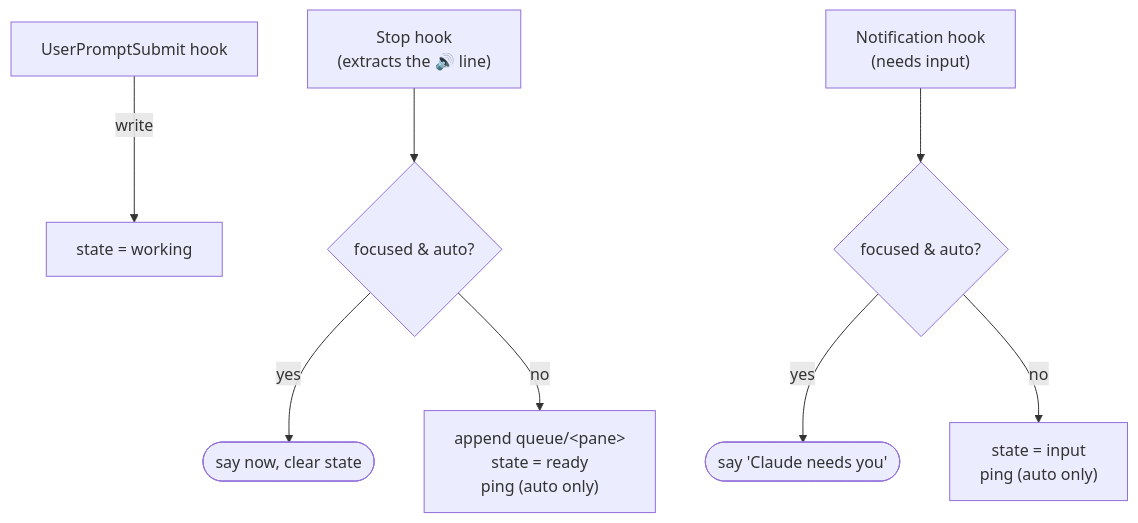
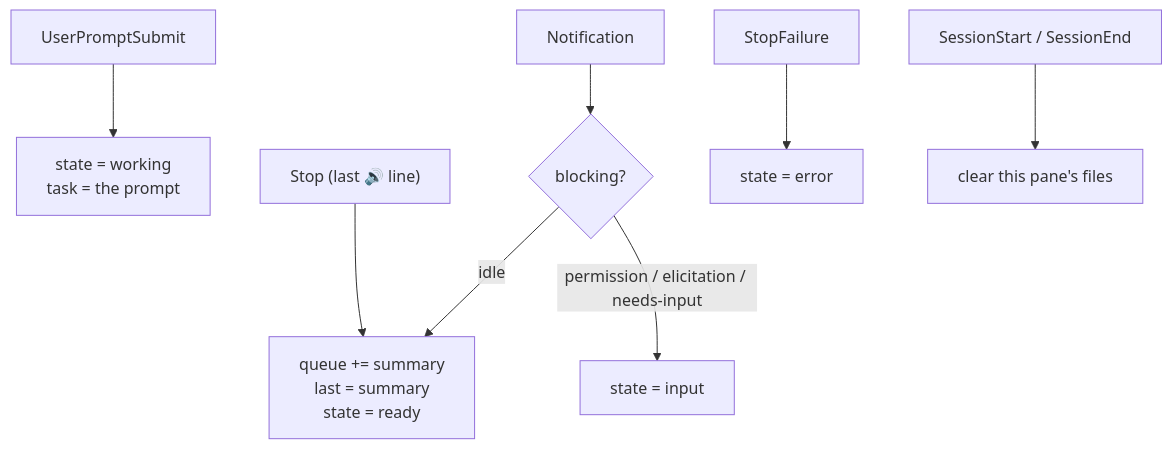
One commit to Louis-Mascari/aloud changed the first of 2 diagrams in docs/architecture.md. Above: the diagram before and after it, drawn with Mermaid. The commit also changed other lines of this file and 12 other files, not shown here.

Commit message:
v2: 4-state colored glyphs + needs-you badge + jump/recap triage; session cleanup, error state, task/last recap; fix wrong-pane speech, stale glyphs, bash-3.2 multibyte

````diff
--- a/docs/architecture.md
+++ b/docs/architecture.md
@@ -17,10 +24,10 @@
 ```mermaid
 flowchart TD
-    P["UserPromptSubmit hook"] -->|write| SW["state = working"]
-    S["Stop hook<br/>(extracts the 🔊 line)"] --> F{focused &amp; auto?}
-    F -->|yes| SAY1(["say now, clear state"])
-    F -->|no| RQ["append queue/&lt;pane&gt;<br/>state = ready<br/>ping (auto only)"]
-    N["Notification hook<br/>(needs input)"] --> F2{focused &amp; auto?}
-    F2 -->|yes| SAY2(["say 'Claude needs you'"])
-    F2 -->|no| RI["state = input<br/>ping (auto only)"]
+    U["UserPromptSubmit"] --> W["state = working<br/>task = the prompt"]
+    S["Stop (last 🔊 line)"] --> R["queue += summary<br/>last = summary<br/>state = ready"]
+    SF["StopFailure"] --> E["state = error"]
+    N["Notification"] --> NB{"blocking?"}
+    NB -->|"permission / elicitation / needs-input"| I["state = input"]
+    NB -->|"idle"| R
+    SE["SessionStart / SessionEnd"] --> C["clear this pane's files"]
 ```
````
